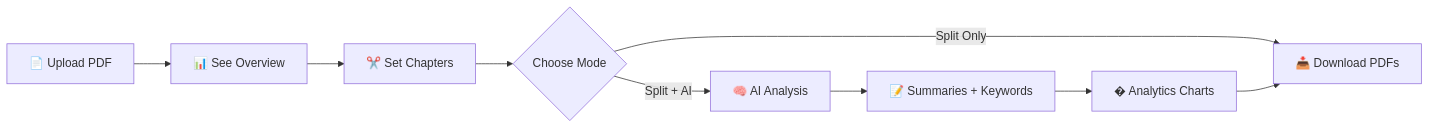
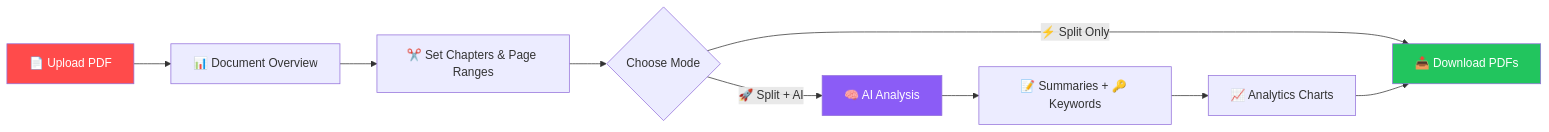
One commit to shah-bakhsh/pdf-splitter-pro changed the first of 2 diagrams in README.md. Above: the diagram before and after it, drawn with Mermaid. The commit also changed other lines of this file, not shown here.

Commit message:
docs: professional README with live deployment link, features showcase, architecture diagrams

````diff
--- a/README.md
+++ b/README.md
@@ -81,11 +112,15 @@
 ```mermaid
 graph LR
-    A[📄 Upload PDF] --> B[📊 See Overview]
-    B --> C[✂️ Set Chapters]
-    C --> D{Choose Mode}
-    D -->|Split Only| E[📥 Download PDFs]
-    D -->|Split + AI| F[🧠 AI Analysis]
-    F --> G[📝 Summaries + Keywords]
-    G --> H[� Analytics Charts]
+    A["📄 Upload PDF"] --> B["📊 Document Overview"]
+    B --> C["✂️ Set Chapters & Page Ranges"]
+    C --> D{"Choose Mode"}
+    D -->|"⚡ Split Only"| E["📥 Download PDFs"]
+    D -->|"🚀 Split + AI"| F["🧠 AI Analysis"]
+    F --> G["📝 Summaries + 🔑 Keywords"]
+    G --> H["📈 Analytics Charts"]
     H --> E
+
+    style A fill:#FF4B4B,color:#fff
+    style F fill:#8B5CF6,color:#fff
+    style E fill:#22C55E,color:#fff
 ```
````
